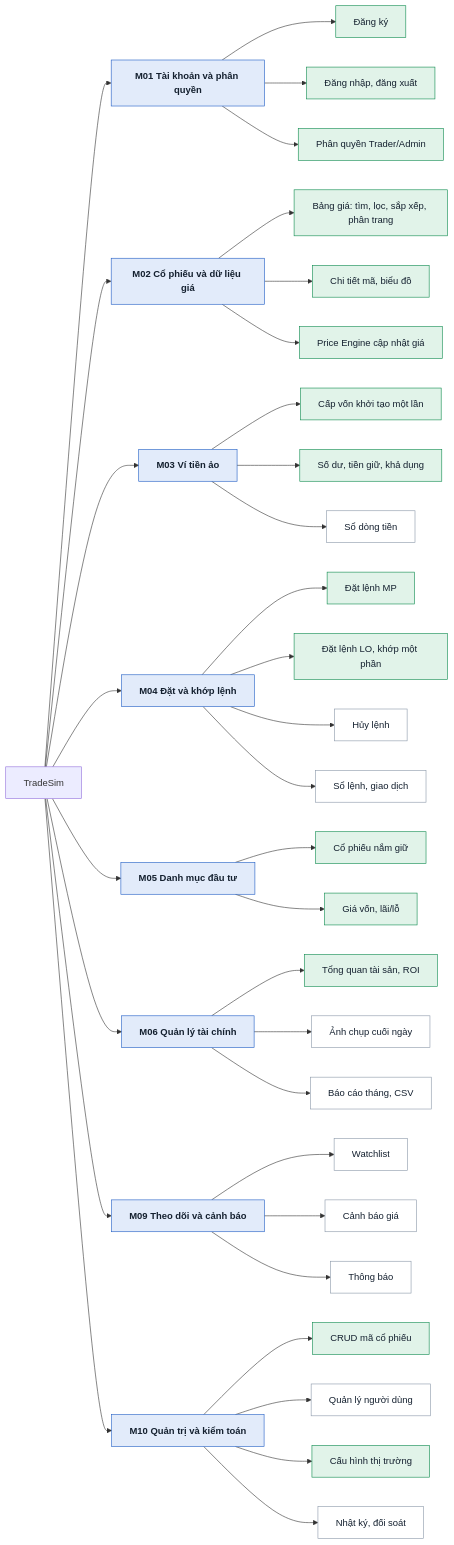
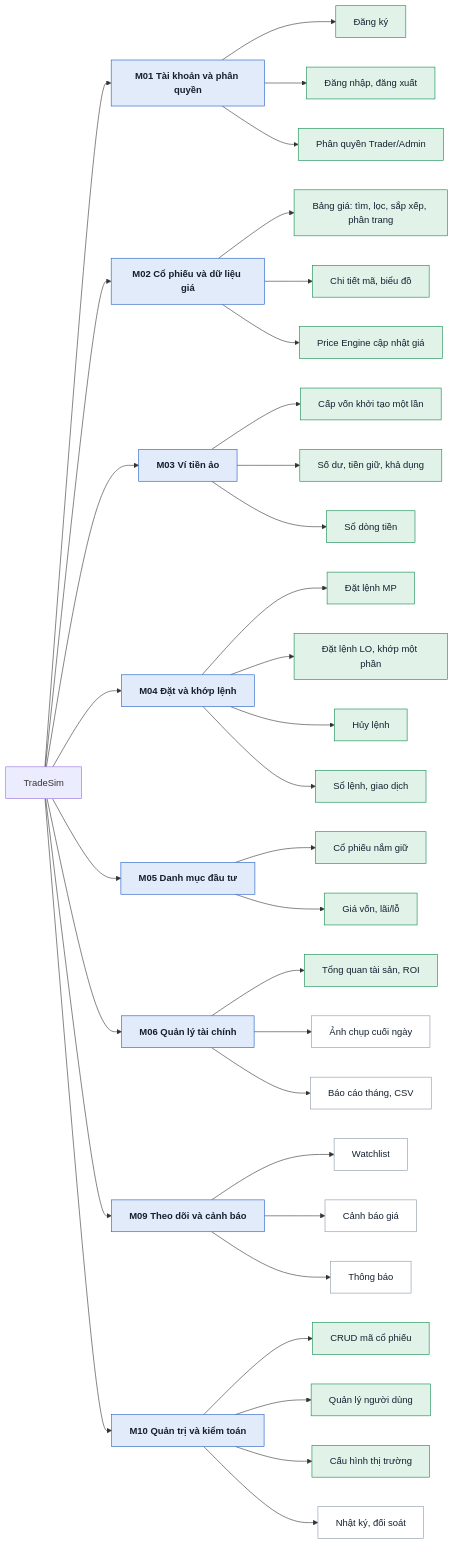
The diagram in docs/design/functions.mmd (siunhansss/tradesim), drawn with Mermaid before and after one commit. The commit also changed 38 other files, not shown here.

```diff
--- a/docs/design/functions.mmd
+++ b/docs/design/functions.mmd
@@ -1,26 +1,26 @@
 flowchart LR
     R["TradeSim"]
     R --> M01["M01 Tài khoản và phân quyền"]
     R --> M02["M02 Cổ phiếu và dữ liệu giá"]
     R --> M03["M03 Ví tiền ảo"]
     R --> M04["M04 Đặt và khớp lệnh"]
     R --> M05["M05 Danh mục đầu tư"]
     R --> M06["M06 Quản lý tài chính"]
     R --> M09["M09 Theo dõi và cảnh báo"]
     R --> M10["M10 Quản trị và kiểm toán"]
 
     M01 --> F011["Đăng ký"] & F012["Đăng nhập, đăng xuất"] & F013["Phân quyền Trader/Admin"]
     M02 --> F021["Bảng giá: tìm, lọc, sắp xếp, phân trang"] & F022["Chi tiết mã, biểu đồ"] & F023["Price Engine cập nhật giá"]
     M03 --> F031["Cấp vốn khởi tạo một lần"] & F032["Số dư, tiền giữ, khả dụng"] & F033["Sổ dòng tiền"]
     M04 --> F041["Đặt lệnh MP"] & F042["Đặt lệnh LO, khớp một phần"] & F043["Hủy lệnh"] & F044["Sổ lệnh, giao dịch"]
     M05 --> F051["Cổ phiếu nắm giữ"] & F052["Giá vốn, lãi/lỗ"]
     M06 --> F061["Tổng quan tài sản, ROI"] & F062["Ảnh chụp cuối ngày"] & F063["Báo cáo tháng, CSV"]
     M09 --> F091["Watchlist"] & F092["Cảnh báo giá"] & F093["Thông báo"]
     M10 --> F101["CRUD mã cổ phiếu"] & F102["Quản lý người dùng"] & F103["Cấu hình thị trường"] & F104["Nhật ký, đối soát"]
 
     classDef done fill:#e1f3e9,stroke:#0b8a4c,color:#14202f
     classDef todo fill:#ffffff,stroke:#8a97a8,color:#14202f
     classDef mod fill:#e2ebfa,stroke:#1d5bc4,color:#14202f,font-weight:bold
     class M01,M02,M03,M04,M05,M06,M09,M10 mod
-    class F011,F012,F013,F021,F022,F023,F031,F032,F041,F042,F051,F052,F061,F101,F103 done
-    class F033,F043,F044,F062,F063,F091,F092,F093,F102,F104 todo
+    class F011,F012,F013,F021,F022,F023,F031,F032,F033,F041,F042,F043,F044,F051,F052,F061,F101,F102,F103 done
+    class F062,F063,F091,F092,F093,F104 todo
```
